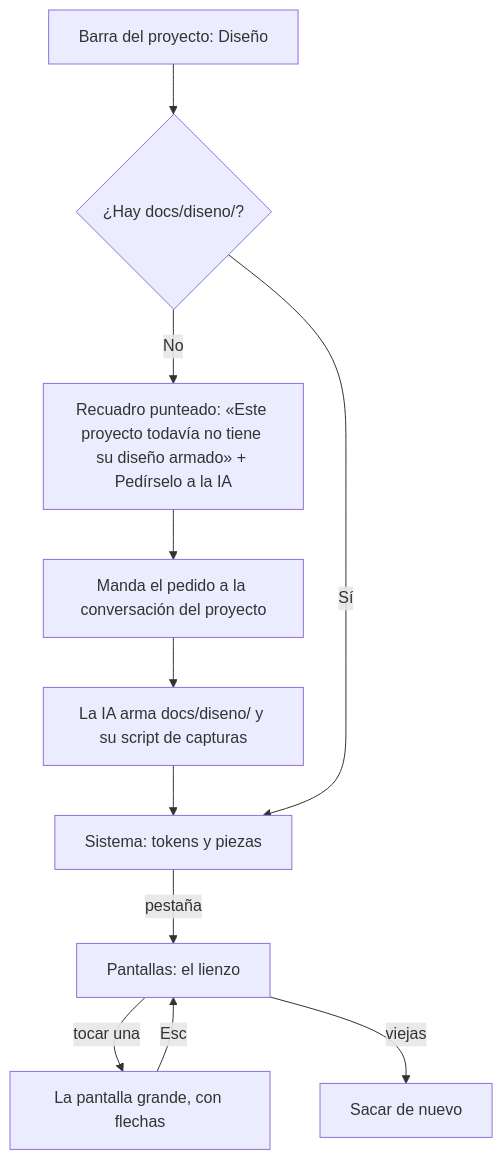
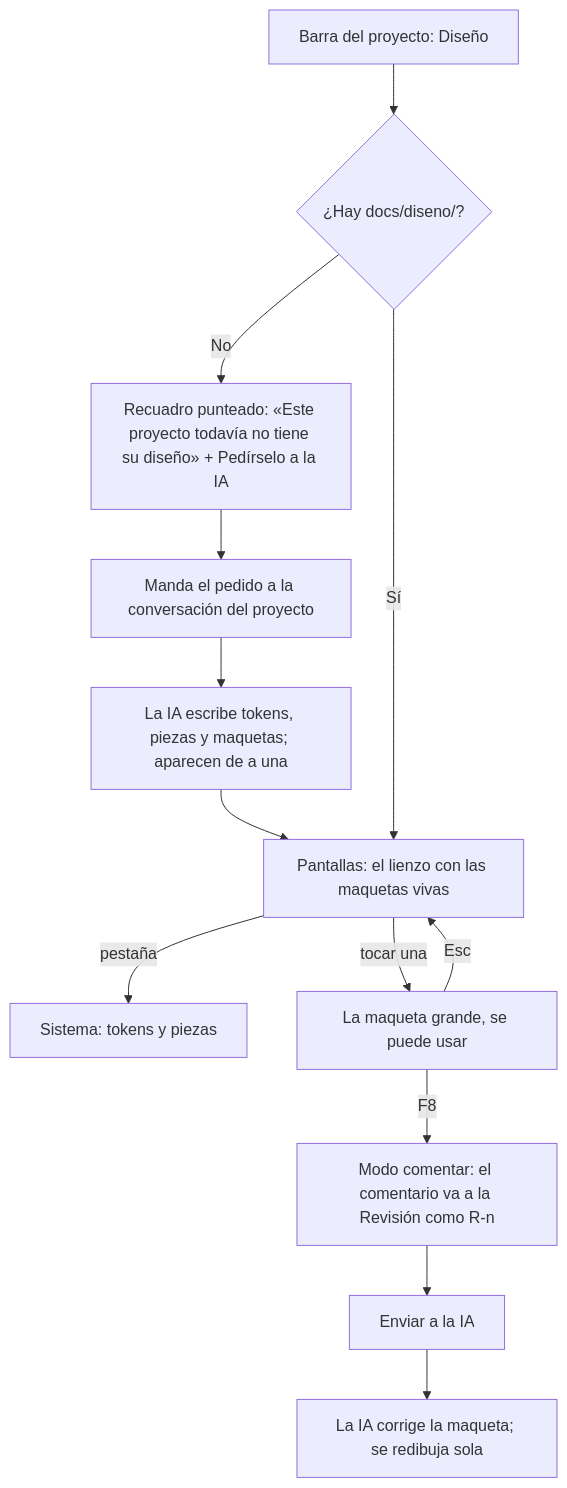
The first of 3 diagrams in docs/modulos/diseno/ux.md (LlanosLautaro/Iridium), drawn with Mermaid before and after one commit. The commit also changed other lines of this file and 6 other files, not shown here.

````diff
--- a/docs/modulos/diseno/ux.md
+++ b/docs/modulos/diseno/ux.md
@@ -113,11 +128,12 @@
 ```mermaid
 flowchart TD
   A[Barra del proyecto: Diseño] --> B{¿Hay docs/diseno/?}
-  B -- No --> C[Recuadro punteado: «Este proyecto todavía no tiene su diseño armado» + Pedírselo a la IA]
-  C --> D[Manda el pedido a la conversación del proyecto] --> E[La IA arma docs/diseno/ y su script de capturas]
+  B -- No --> C[Recuadro punteado: «Este proyecto todavía no tiene su diseño» + Pedírselo a la IA]
+  C --> D[Manda el pedido a la conversación del proyecto] --> E[La IA escribe tokens, piezas y maquetas; aparecen de a una]
   E --> F
-  B -- Sí --> F[Sistema: tokens y piezas]
-  F -- pestaña --> G[Pantallas: el lienzo]
-  G -- tocar una --> H[La pantalla grande, con flechas] -- Esc --> G
-  G -- viejas --> I[Sacar de nuevo]
+  B -- Sí --> F[Pantallas: el lienzo con las maquetas vivas]
+  F -- pestaña --> S[Sistema: tokens y piezas]
+  F -- tocar una --> G[La maqueta grande, se puede usar] -- Esc --> F
+  G -- F8 --> H[Modo comentar: el comentario va a la Revisión como R-n]
+  H --> I[Enviar a la IA] --> J[La IA corrige la maqueta; se redibuja sola]
 ```
````
